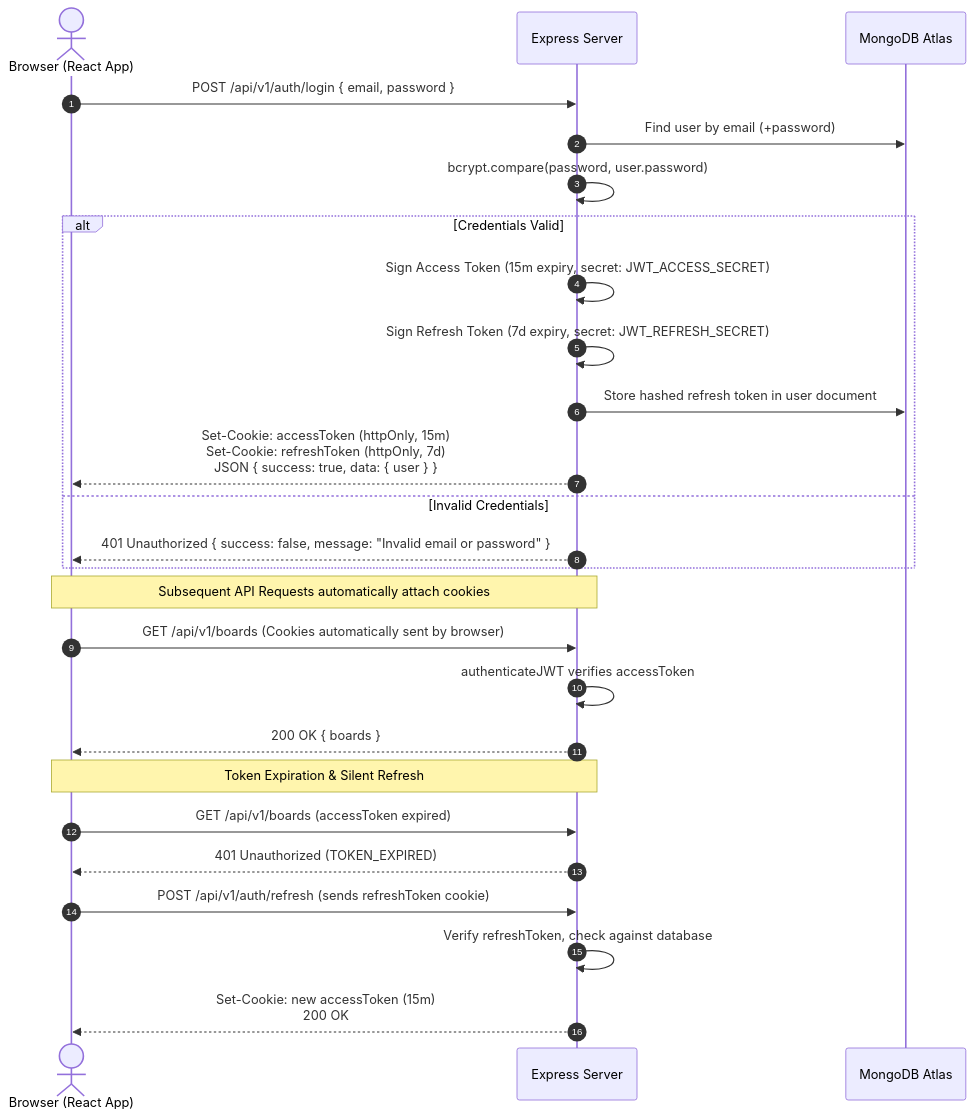
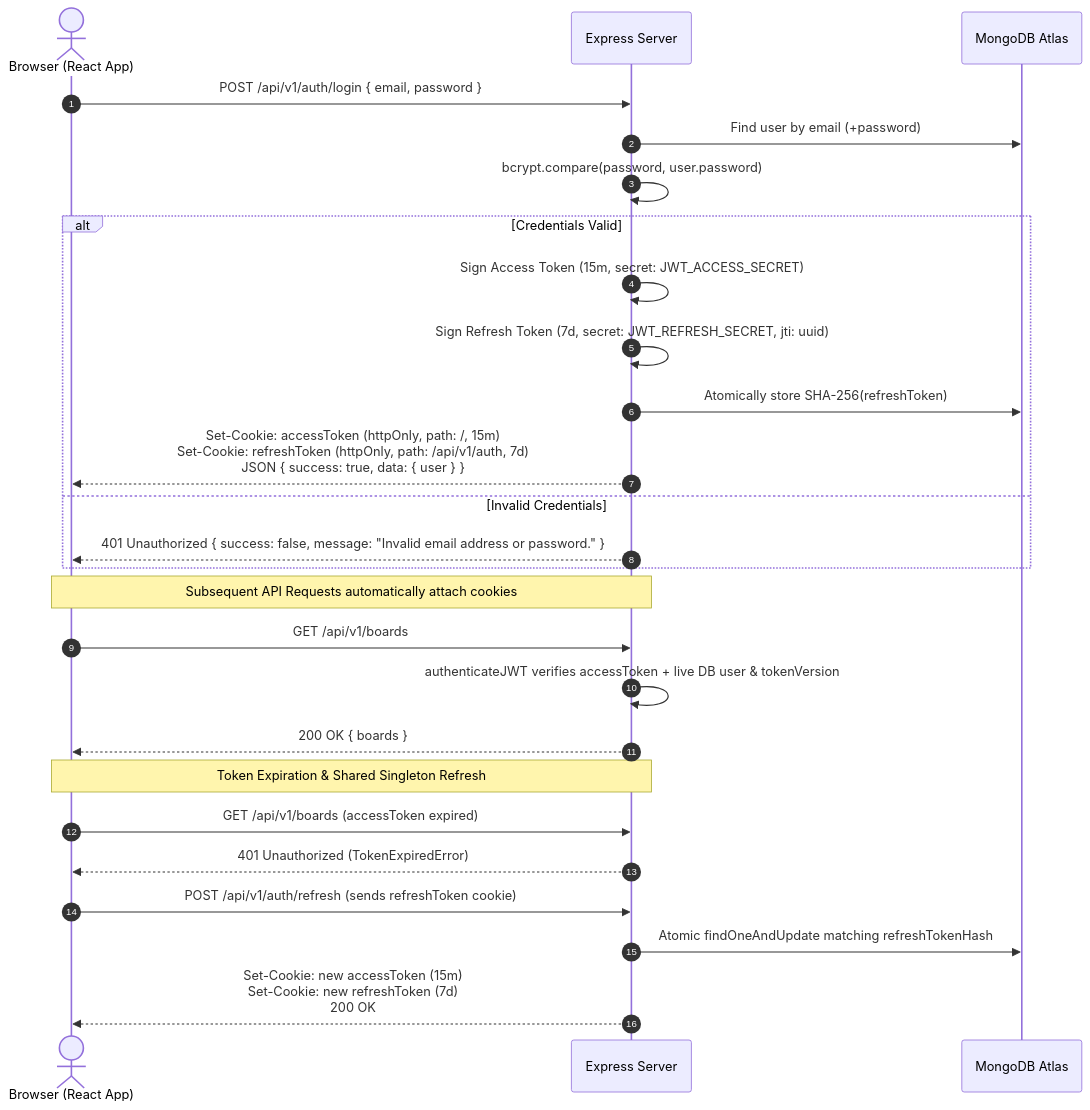
The diagram in docs/AUTHENTICATION_SECURITY.md (Varshinigurram/Decora), drawn with Mermaid before and after one commit. The commit also changed other lines of this file and 42 other files, not shown here.

````diff
--- a/docs/AUTHENTICATION_SECURITY.md
+++ b/docs/AUTHENTICATION_SECURITY.md
@@ -41,31 +43,31 @@
 ```mermaid
 sequenceDiagram
     autonumber
     actor User as Browser (React App)
     participant Server as Express Server
     participant DB as MongoDB Atlas
 
     User->>Server: POST /api/v1/auth/login { email, password }
     Server->>DB: Find user by email (+password)
     Server->>Server: bcrypt.compare(password, user.password)
     alt Credentials Valid
-        Server->>Server: Sign Access Token (15m expiry, secret: JWT_ACCESS_SECRET)
-        Server->>Server: Sign Refresh Token (7d expiry, secret: JWT_REFRESH_SECRET)
-        Server->>DB: Store hashed refresh token in user document
-        Server-->>User: Set-Cookie: accessToken (httpOnly, 15m)<br/>Set-Cookie: refreshToken (httpOnly, 7d)<br/>JSON { success: true, data: { user } }
+        Server->>Server: Sign Access Token (15m, secret: JWT_ACCESS_SECRET)
+        Server->>Server: Sign Refresh Token (7d, secret: JWT_REFRESH_SECRET, jti: uuid)
+        Server->>DB: Atomically store SHA-256(refreshToken)
+        Server-->>User: Set-Cookie: accessToken (httpOnly, path: /, 15m)<br/>Set-Cookie: refreshToken (httpOnly, path: /api/v1/auth, 7d)<br/>JSON { success: true, data: { user } }
     else Invalid Credentials
-        Server-->>User: 401 Unauthorized { success: false, message: "Invalid email or password" }
+        Server-->>User: 401 Unauthorized { success: false, message: "Invalid email address or password." }
     end
 
     Note over User,Server: Subsequent API Requests automatically attach cookies
-    User->>Server: GET /api/v1/boards (Cookies automatically sent by browser)
-    Server->>Server: authenticateJWT verifies accessToken
+    User->>Server: GET /api/v1/boards
+    Server->>Server: authenticateJWT verifies accessToken + live DB user & tokenVersion
     Server-->>User: 200 OK { boards }
 
-    Note over User,Server: Token Expiration & Silent Refresh
+    Note over User,Server: Token Expiration & Shared Singleton Refresh
     User->>Server: GET /api/v1/boards (accessToken expired)
-    Server-->>User: 401 Unauthorized (TOKEN_EXPIRED)
+    Server-->>User: 401 Unauthorized (TokenExpiredError)
     User->>Server: POST /api/v1/auth/refresh (sends refreshToken cookie)
-    Server->>Server: Verify refreshToken, check against database
-    Server-->>User: Set-Cookie: new accessToken (15m)<br/>200 OK
+    Server->>DB: Atomic findOneAndUpdate matching refreshTokenHash
+    Server-->>User: Set-Cookie: new accessToken (15m)<br/>Set-Cookie: new refreshToken (7d)<br/>200 OK
 ```
````
